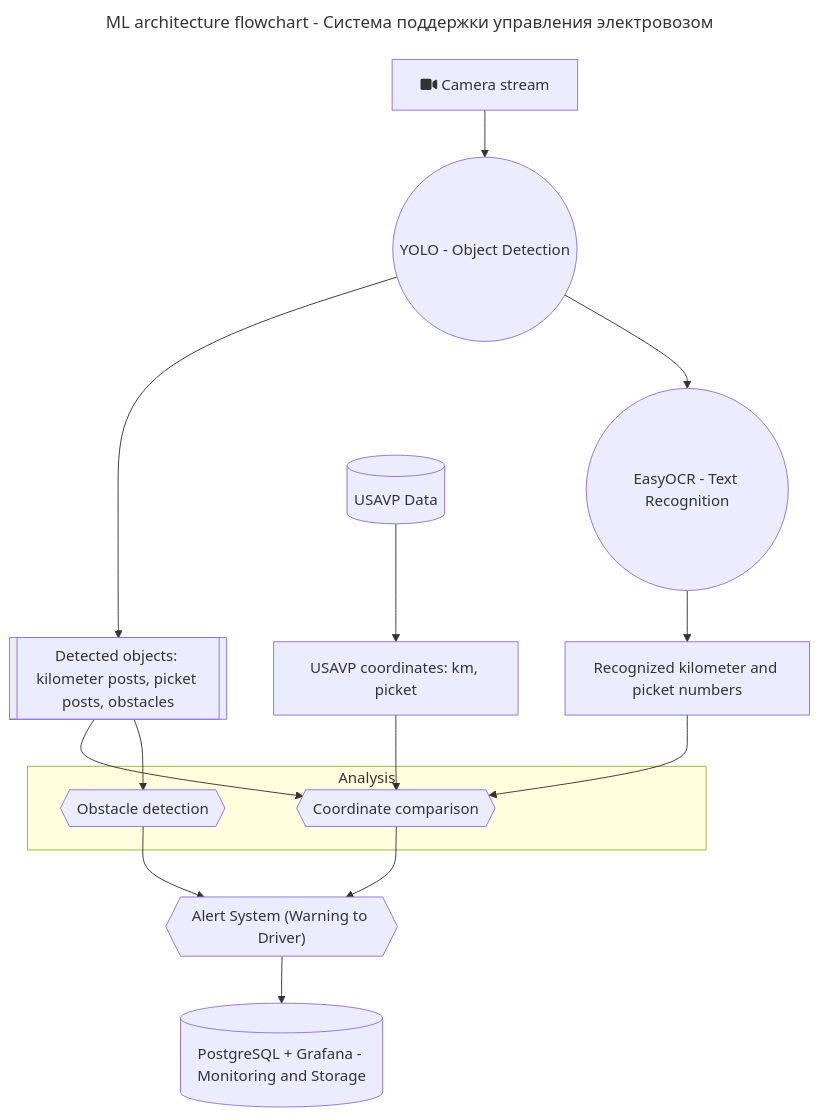
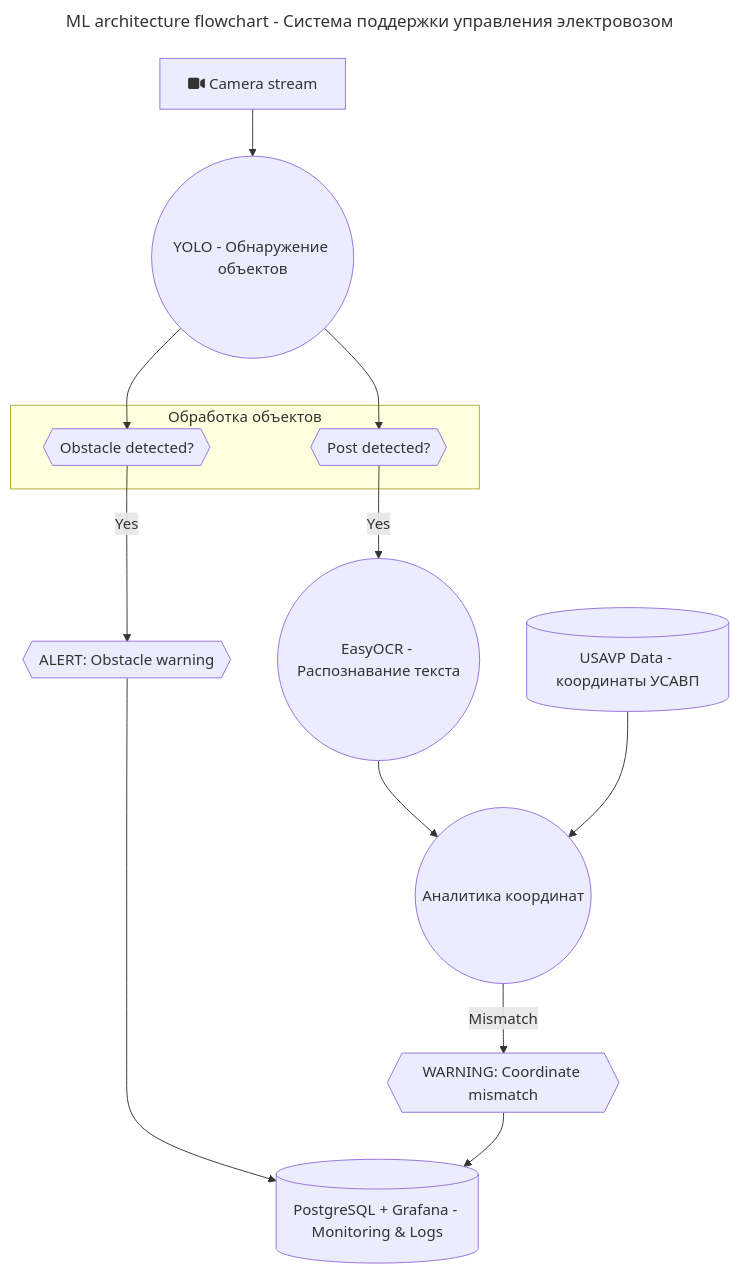
Before and after one commit to erofdmit/ml-system-design-aith: the diagram in docs/ml_system_design_doc.md, drawn with Mermaid.

````diff
--- a/docs/ml_system_design_doc.md
+++ b/docs/ml_system_design_doc.md
@@ -60,40 +60,38 @@
 ```mermaid
 ---
 title: ML architecture flowchart - Система поддержки управления электровозом
 ---
 
 flowchart TD
     camera[fa:fa-video Camera stream]
-    detection_model((YOLO - Object Detection))
-    ocr_model((EasyOCR - Text Recognition))
-    usavp_data[(USAVP Data)]
-    cv_features[[Detected objects: kilometer posts, picket posts, obstacles]]
-    ocr_text[Recognized kilometer and picket numbers]
-    usavp_coord[USAVP coordinates: km, picket]
+    detection_model((YOLO - Обнаружение объектов))
     
-    subgraph Analysis
-        compare_coord{{Coordinate comparison}}
-        detect_anomaly{{Obstacle detection}}
+    subgraph Обработка объектов
+        detect_obstacle{{Obstacle detected?}}
+        detect_post{{Post detected?}}
     end
 
-    alert_system{{"Alert System (Warning to Driver)"}}
+    ocr_model((EasyOCR - Распознавание текста))
+    usavp_data[(USAVP Data - координаты УСАВП)]
+    analysis((Аналитика координат))
+    
+    alert_obstacle{{ALERT: Obstacle warning}}
+    alert_mismatch{{WARNING: Coordinate mismatch}}
 
-    monitoring[(PostgreSQL + Grafana - Monitoring and Storage)]
+    monitoring[(PostgreSQL + Grafana - Monitoring & Logs)]
 
     camera --> detection_model
-    detection_model --> cv_features
-    detection_model --> ocr_model
-    ocr_model --> ocr_text
-    usavp_data --> usavp_coord
+    detection_model --> detect_obstacle
+    detection_model --> detect_post
 
-    cv_features --> compare_coord
-    ocr_text --> compare_coord
-    usavp_coord --> compare_coord
+    detect_obstacle -- Yes --> alert_obstacle
+    alert_obstacle --> monitoring
 
-    cv_features --> detect_anomaly
+    detect_post -- Yes --> ocr_model
+    ocr_model --> analysis
+    usavp_data --> analysis
 
-    compare_coord --> alert_system
-    detect_anomaly --> alert_system
+    analysis --Mismatch--> alert_mismatch
+    alert_mismatch --> monitoring
 
-    alert_system --> monitoring
 ```
````
